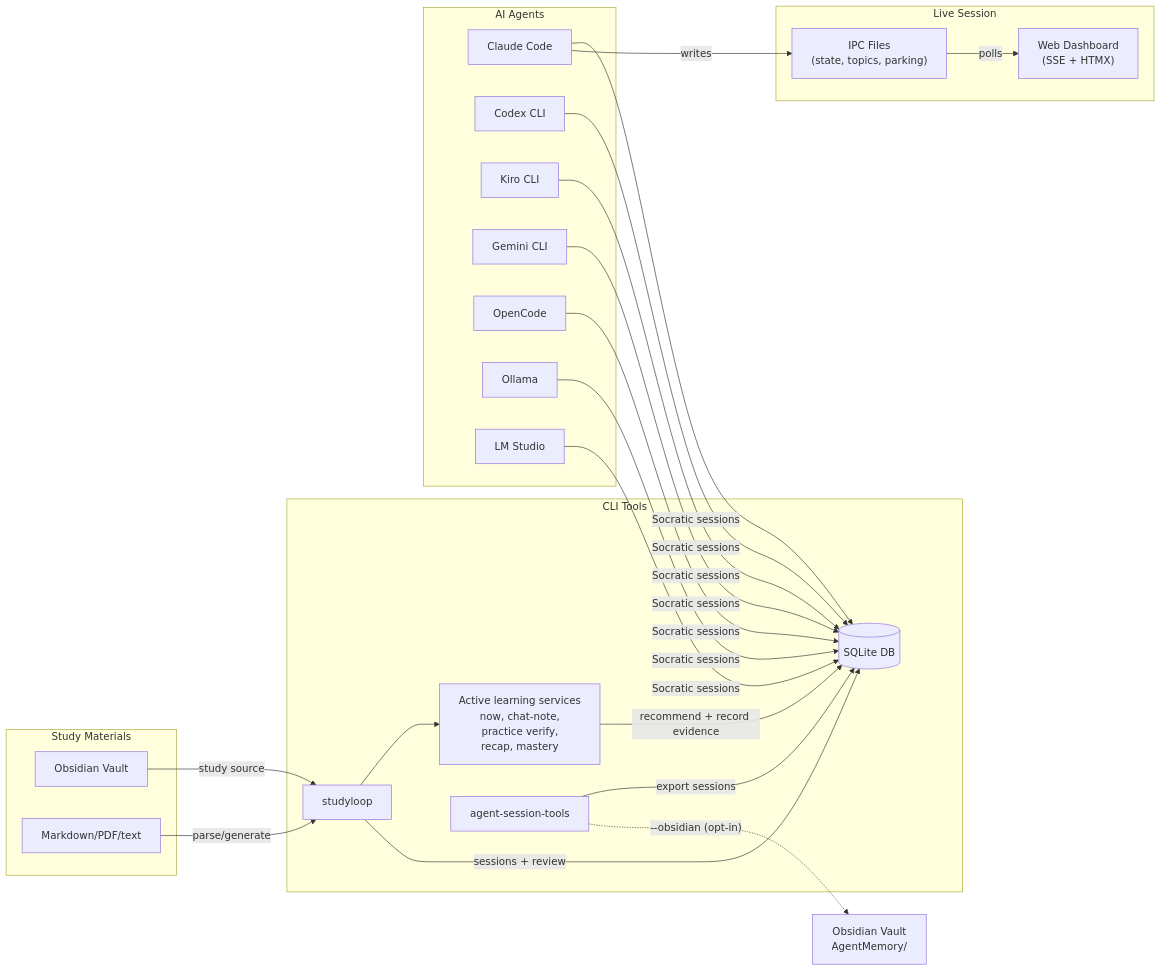
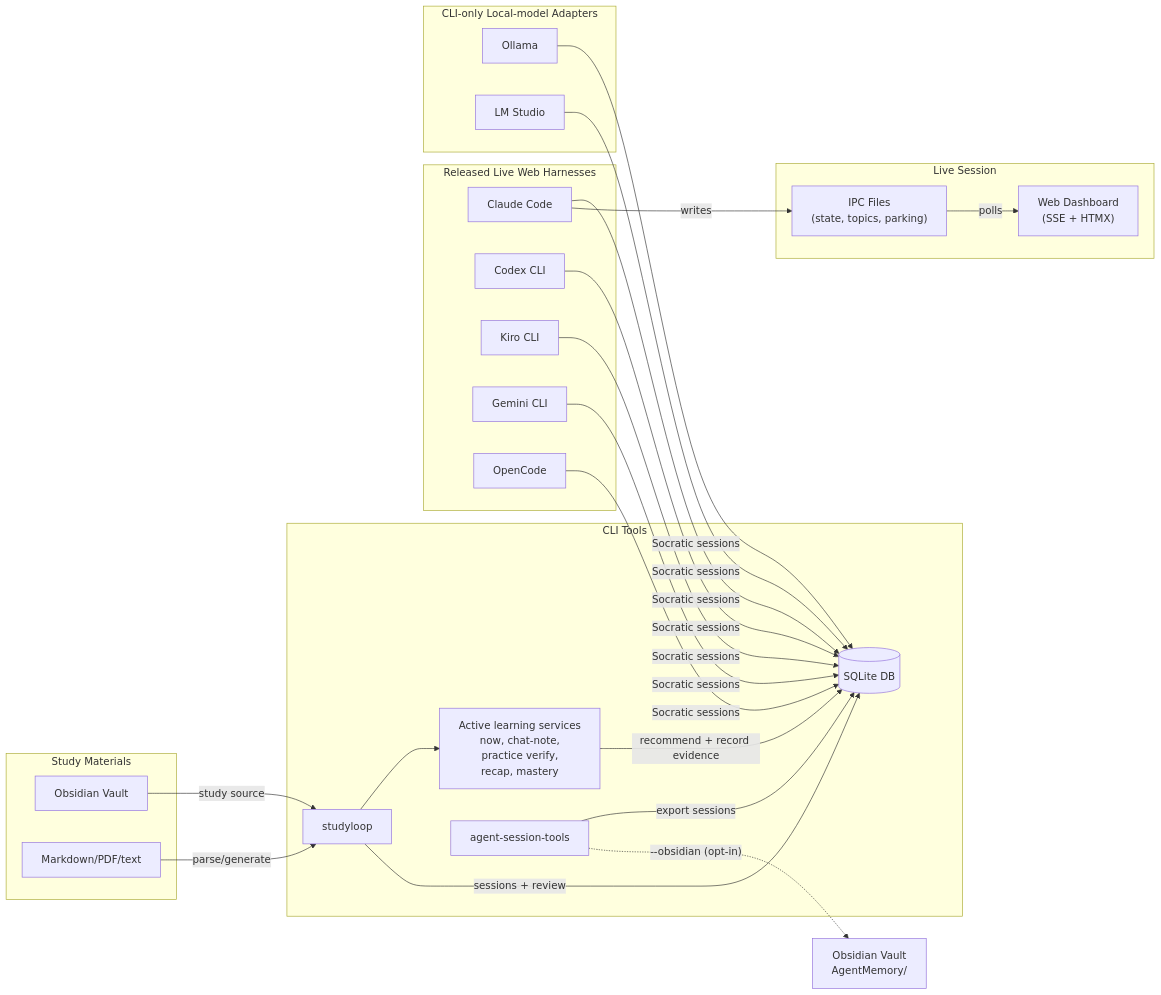
One commit to NetDevAutomate/StudyLoop changed the diagram in README.md. Above: the diagram before and after it, drawn with Mermaid. The commit also changed other lines of this file and 3 other files, not shown here.

````diff
--- a/README.md
+++ b/README.md
@@ -65,48 +65,51 @@
 ```mermaid
 graph LR
     subgraph "Study Materials"
         OB[Obsidian Vault]
         SRC[Markdown/PDF/text]
     end
 
     subgraph "CLI Tools"
         SC[studyloop]
         LEARN["Active learning services<br/>now, chat-note,<br/>practice verify,<br/>recap, mastery"]
         AST[agent-session-tools]
         DB[(SQLite DB)]
     end
 
-    subgraph "AI Agents"
+    subgraph "Released Live Web Harnesses"
         CA[Claude Code]
         CX[Codex CLI]
         KA[Kiro CLI]
         GA[Gemini CLI]
         OA[OpenCode]
+    end
+
+    subgraph "CLI-only Local-model Adapters"
         OL[Ollama]
         LM[LM Studio]
     end
 
     subgraph "Live Session"
         IPC["IPC Files<br/>(state, topics, parking)"]
         SSE["Web Dashboard<br/>(SSE + HTMX)"]
     end
 
     OBV["Obsidian Vault<br/>AgentMemory/"]
 
     OB -->|study source| SC
     SRC -->|parse/generate| SC
     SC --> LEARN
     SC -->|sessions + review| DB
     LEARN -->|recommend + record evidence| DB
     AST -->|export sessions| DB
     AST -.->|"--obsidian (opt-in)"| OBV
     CA -->|Socratic sessions| DB
     CX -->|Socratic sessions| DB
     KA -->|Socratic sessions| DB
     GA -->|Socratic sessions| DB
     OA -->|Socratic sessions| DB
     OL -->|Socratic sessions| DB
     LM -->|Socratic sessions| DB
     CA -->|writes| IPC
     IPC -->|polls| SSE
 ```
````
